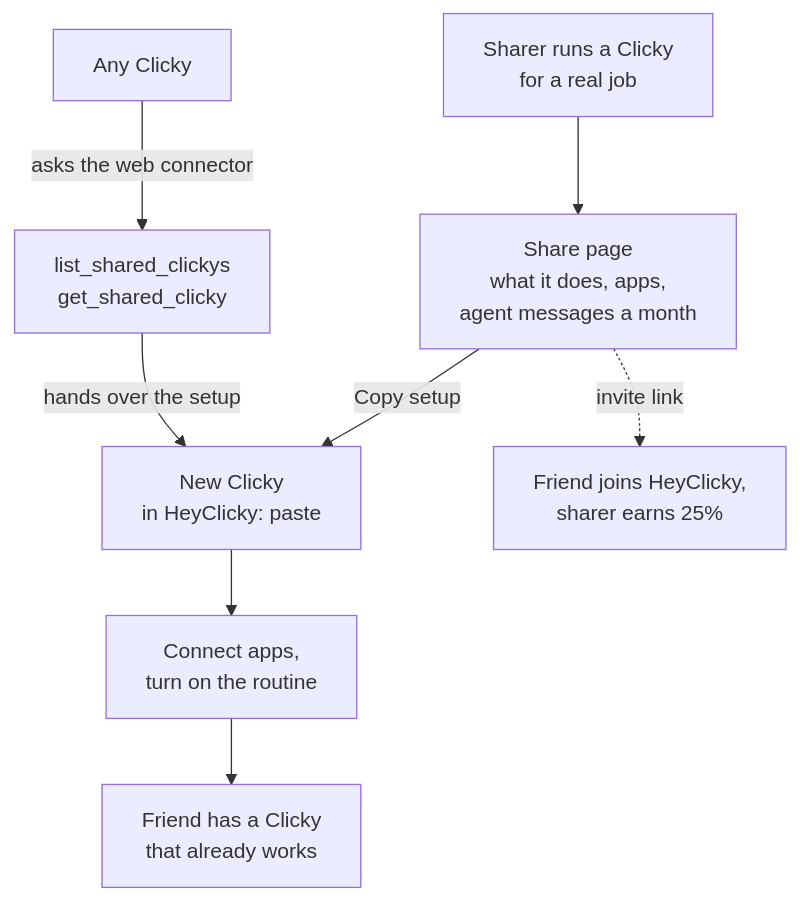
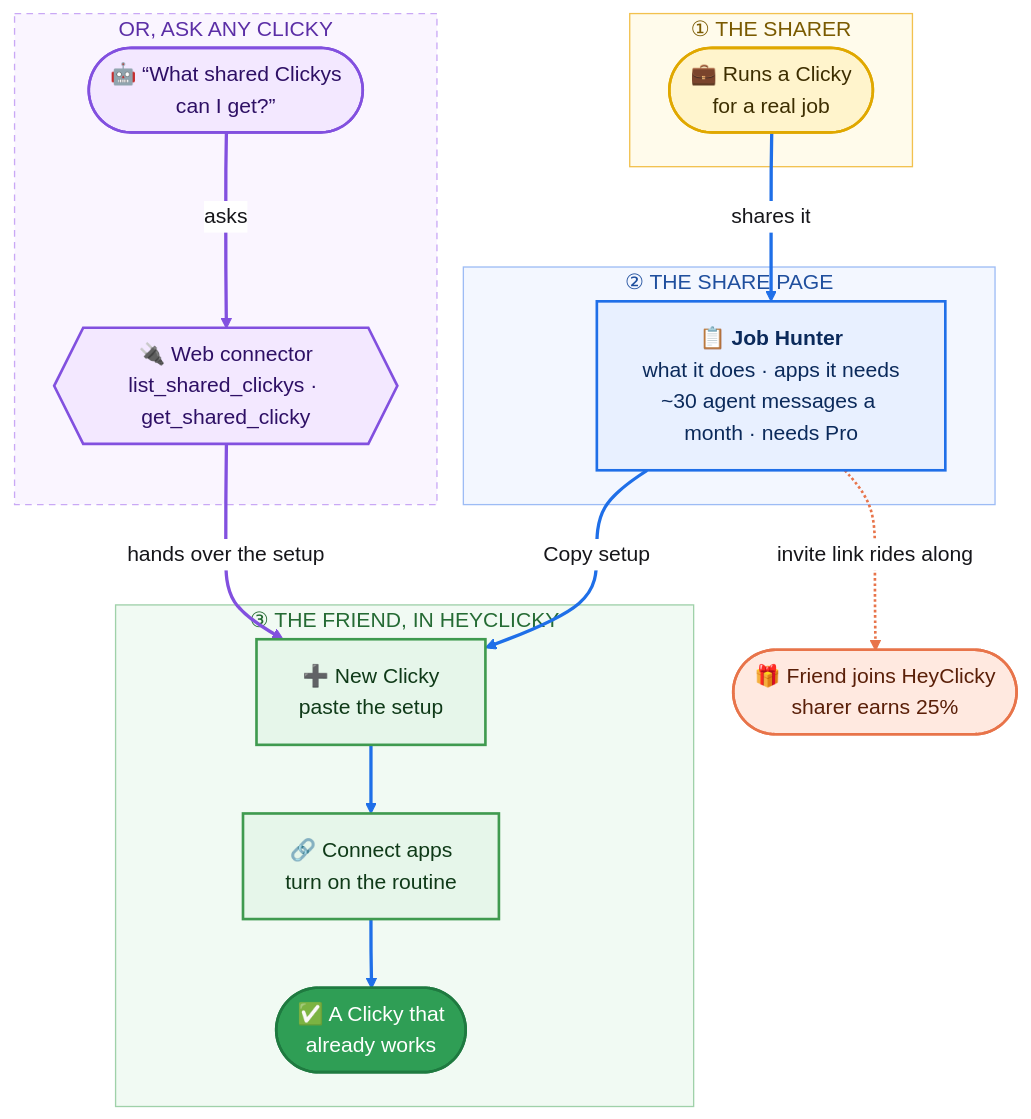
The first of 2 diagrams in README.md (Mohit-Malviya-AI-PM/share-a-clicky), drawn with Mermaid before and after one commit. The commit also changed other lines of this file, not shown here.

Commit message:
README: restyled, color-coded diagrams with clickable links
Claude-Session: https://claude.ai/code/session_01Xci3RdkpyYGFbCjq6sm4UH

````diff
--- a/README.md
+++ b/README.md
@@ -27,10 +27,48 @@
 ```mermaid
+%%{init: {"theme": "base", "themeVariables": {"primaryColor": "#ffffff", "primaryTextColor": "#16161a", "primaryBorderColor": "#d0d7de", "lineColor": "#8b949e", "clusterBkg": "#f6f8fa", "clusterBorder": "#d0d7de", "titleColor": "#57606a", "edgeLabelBackground": "#ffffff"}, "flowchart": {"curve": "basis", "padding": 16, "nodeSpacing": 40, "rankSpacing": 52}}}%%
 flowchart TB
-    A["Sharer runs a Clicky<br/>for a real job"] --> B["Share page<br/>what it does, apps,<br/>agent messages a month"]
-    B -- "Copy setup" --> C["New Clicky<br/>in HeyClicky: paste"]
-    C --> D["Connect apps,<br/>turn on the routine"]
-    D --> E["Friend has a Clicky<br/>that already works"]
-    B -. "invite link" .-> F["Friend joins HeyClicky,<br/>sharer earns 25%"]
-    G["Any Clicky"] -- "asks the web connector" --> H["list_shared_clickys<br/>get_shared_clicky"]
+    subgraph S1["① THE SHARER"]
+        A(["💼 Runs a Clicky<br/>for a real job"])
+    end
+    subgraph S2["② THE SHARE PAGE"]
+        B["<b>📋 Job Hunter</b><br/>what it does · apps it needs<br/>~30 agent messages a month · needs Pro"]
+    end
+    subgraph S3["③ THE FRIEND, IN HEYCLICKY"]
+        C["➕ New Clicky<br/>paste the setup"]
+        D["🔗 Connect apps<br/>turn on the routine"]
+        E(["✅ A Clicky that<br/>already works"])
+    end
+    subgraph S4["OR, ASK ANY CLICKY"]
+        G(["🤖 “What shared Clickys<br/>can I get?”"])
+        H{{"🔌 Web connector<br/>list_shared_clickys · get_shared_clicky"}}
+    end
+    F(["🎁 Friend joins HeyClicky<br/>sharer earns 25%"])
+
+    A -- "shares it" --> B
+    B -- "Copy setup" --> C
+    C --> D
+    D --> E
+    B -. "invite link rides along" .-> F
+    G -- "asks" --> H
     H -- "hands over the setup" --> C
+
+    classDef sharer fill:#fff4cc,stroke:#e0a800,stroke-width:2px,color:#3d2e00
+    classDef page fill:#e8f0ff,stroke:#1f6fe8,stroke-width:2px,color:#0b2a5b
+    classDef app fill:#e6f6ea,stroke:#3f9a4f,stroke-width:2px,color:#0f3a18
+    classDef win fill:#2f9e55,stroke:#1f7a40,stroke-width:2px,color:#ffffff
+    classDef conn fill:#f3e8ff,stroke:#8250df,stroke-width:2px,color:#2e1065
+    classDef invite fill:#ffe9e0,stroke:#e8744a,stroke-width:2px,color:#5a1f08
+    class A sharer
+    class B page
+    class C,D app
+    class E win
+    class G,H conn
+    class F invite
+    style S1 fill:#fffbeb,stroke:#f2c14e,stroke-width:1px,color:#7a5a00
+    style S2 fill:#f3f7ff,stroke:#9dbcf5,stroke-width:1px,color:#1f4f9e
+    style S3 fill:#f1faf3,stroke:#9fd1a9,stroke-width:1px,color:#256b34
+    style S4 fill:#faf5ff,stroke:#c9a8f5,stroke-width:1px,stroke-dasharray:5 4,color:#5b2ea6
+    linkStyle 0,1,2,3 stroke:#1f6fe8,stroke-width:2.5px
+    linkStyle 4 stroke:#e8744a,stroke-width:2px
+    linkStyle 5,6 stroke:#8250df,stroke-width:2.5px
 ```
````
